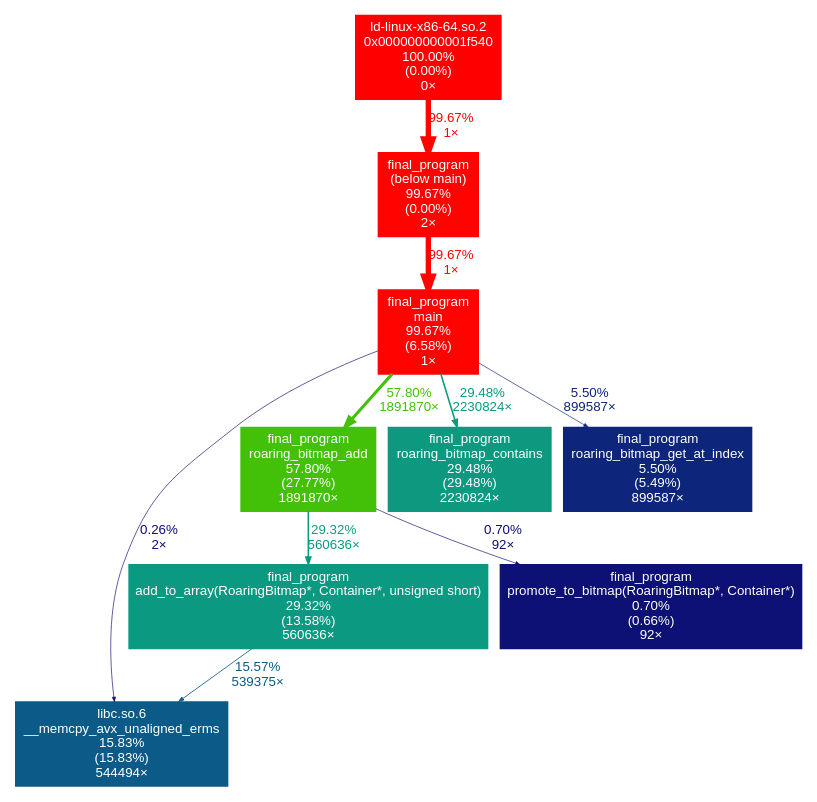
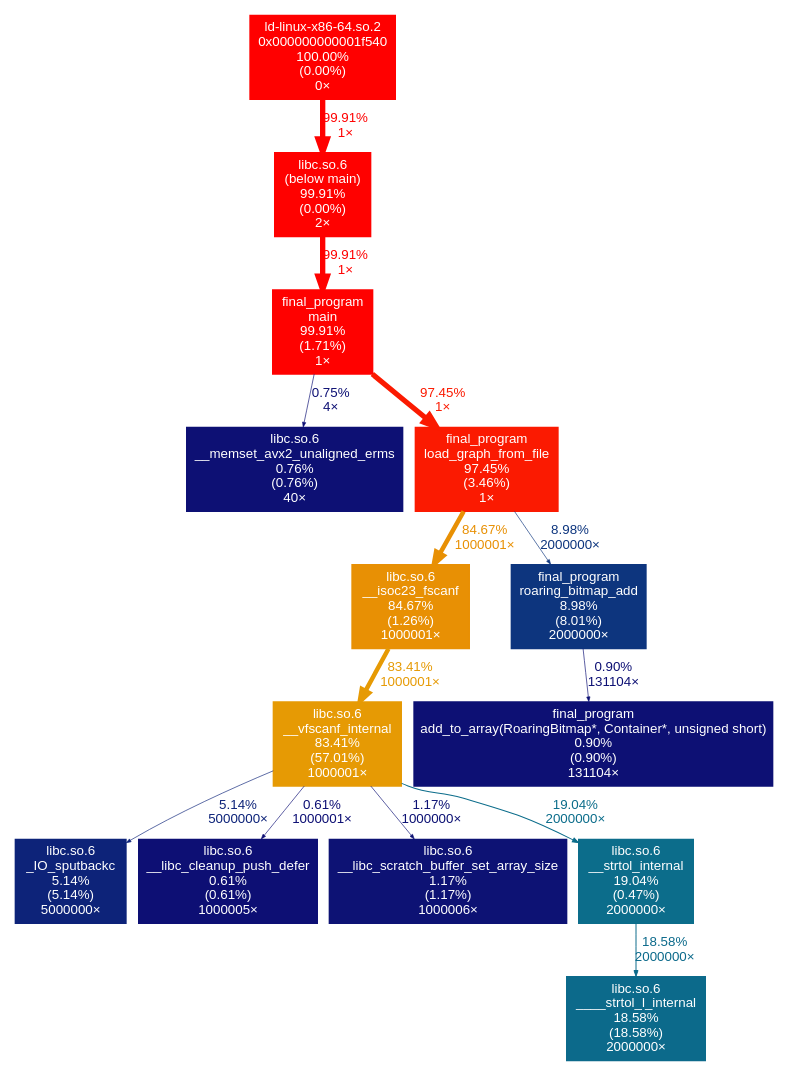
One commit to nash-raf/Graph-language- changed the diagram in p2GraphEasy/graph.dot. Above: the diagram before and after it, drawn with Graphviz. The commit also changed 19 other files, not shown here.

```diff
--- a/p2GraphEasy/graph.dot
+++ b/p2GraphEasy/graph.dot
@@ -1,24 +1,33 @@
 digraph {
 	tooltip=" "
 	graph [fontname=Arial, nodesep=0.125, ranksep=0.25];
 	node [fontcolor=white, fontname=Arial, height=0, shape=box, style=filled, width=0];
 	edge [fontname=Arial];
-	"(below main)" [color="#fe0300", fontcolor="#ffffff", fontsize="10.00", label="final_program\n(below main)\n99.67%\n(0.00%)\n2×"];
-	"(below main)" -> main [arrowsize="1.00", color="#fe0300", fontcolor="#fe0300", fontsize="10.00", label="99.67%\n1×", labeldistance="3.99", penwidth="3.99"];
+	"(below main)" [color="#ff0100", fontcolor="#ffffff", fontsize="10.00", label="libc.so.6\n(below main)\n99.91%\n(0.00%)\n2×"];
+	"(below main)" -> main [arrowsize="1.00", color="#ff0100", fontcolor="#ff0100", fontsize="10.00", label="99.91%\n1×", labeldistance="4.00", penwidth="4.00"];
 	"0x000000000001f540" [color="#ff0000", fontcolor="#ffffff", fontsize="10.00", label="ld-linux-x86-64.so.2\n0x000000000001f540\n100.00%\n(0.00%)\n0×"];
-	"0x000000000001f540" -> "(below main)" [arrowsize="1.00", color="#fe0300", fontcolor="#fe0300", fontsize="10.00", label="99.67%\n1×", labeldistance="3.99", penwidth="3.99"];
-	"__memcpy_avx_unaligned_erms" [color="#0c5a87", fontcolor="#ffffff", fontsize="10.00", label="libc.so.6\n__memcpy_avx_unaligned_erms\n15.83%\n(15.83%)\n544494×"];
-	"add_to_array(RoaringBitmap*, Container*, unsigned short)" [color="#0c9981", fontcolor="#ffffff", fontsize="10.00", label="final_program\nadd_to_array(RoaringBitmap*, Container*, unsigned short)\n29.32%\n(13.58%)\n560636×"];
-	"add_to_array(RoaringBitmap*, Container*, unsigned short)" -> "__memcpy_avx_unaligned_erms" [arrowsize="0.39", color="#0c5987", fontcolor="#0c5987", fontsize="10.00", label="15.57%\n539375×", labeldistance="0.62", penwidth="0.62"];
-	main [color="#fe0300", fontcolor="#ffffff", fontsize="10.00", label="final_program\nmain\n99.67%\n(6.58%)\n1×"];
-	main -> "__memcpy_avx_unaligned_erms" [arrowsize="0.35", color="#0d0e73", fontcolor="#0d0e73", fontsize="10.00", label="0.26%\n2×", labeldistance="0.50", penwidth="0.50"];
-	main -> "roaring_bitmap_add" [arrowsize="0.76", color="#42c108", fontcolor="#42c108", fontsize="10.00", label="57.80%\n1891870×", labeldistance="2.31", penwidth="2.31"];
-	main -> "roaring_bitmap_contains" [arrowsize="0.54", color="#0c9980", fontcolor="#0c9980", fontsize="10.00", label="29.48%\n2230824×", labeldistance="1.18", penwidth="1.18"];
-	main -> "roaring_bitmap_get_at_index" [arrowsize="0.35", color="#0d257a", fontcolor="#0d257a", fontsize="10.00", label="5.50%\n899587×", labeldistance="0.50", penwidth="0.50"];
-	"promote_to_bitmap(RoaringBitmap*, Container*)" [color="#0d1074", fontcolor="#ffffff", fontsize="10.00", label="final_program\npromote_to_bitmap(RoaringBitmap*, Container*)\n0.70%\n(0.66%)\n92×"];
-	"roaring_bitmap_add" [color="#42c108", fontcolor="#ffffff", fontsize="10.00", label="final_program\nroaring_bitmap_add\n57.80%\n(27.77%)\n1891870×"];
-	"roaring_bitmap_add" -> "add_to_array(RoaringBitmap*, Container*, unsigned short)" [arrowsize="0.54", color="#0c9981", fontcolor="#0c9981", fontsize="10.00", label="29.32%\n560636×", labeldistance="1.17", penwidth="1.17"];
-	"roaring_bitmap_add" -> "promote_to_bitmap(RoaringBitmap*, Container*)" [arrowsize="0.35", color="#0d1074", fontcolor="#0d1074", fontsize="10.00", label="0.70%\n92×", labeldistance="0.50", penwidth="0.50"];
-	"roaring_bitmap_contains" [color="#0c9980", fontcolor="#ffffff", fontsize="10.00", label="final_program\nroaring_bitmap_contains\n29.48%\n(29.48%)\n2230824×"];
-	"roaring_bitmap_get_at_index" [color="#0d257a", fontcolor="#ffffff", fontsize="10.00", label="final_program\nroaring_bitmap_get_at_index\n5.50%\n(5.49%)\n899587×"];
+	"0x000000000001f540" -> "(below main)" [arrowsize="1.00", color="#ff0100", fontcolor="#ff0100", fontsize="10.00", label="99.91%\n1×", labeldistance="4.00", penwidth="4.00"];
+	"_IO_sputbackc" [color="#0d2379", fontcolor="#ffffff", fontsize="10.00", label="libc.so.6\n_IO_sputbackc\n5.14%\n(5.14%)\n5000000×"];
+	"____strtol_l_internal" [color="#0c6a8b", fontcolor="#ffffff", fontsize="10.00", label="libc.so.6\n____strtol_l_internal\n18.58%\n(18.58%)\n2000000×"];
+	"__isoc23_fscanf" [color="#e89004", fontcolor="#ffffff", fontsize="10.00", label="libc.so.6\n__isoc23_fscanf\n84.67%\n(1.26%)\n1000001×"];
+	"__isoc23_fscanf" -> "__vfscanf_internal" [arrowsize="0.91", color="#e69a04", fontcolor="#e69a04", fontsize="10.00", label="83.41%\n1000001×", labeldistance="3.34", penwidth="3.34"];
+	"__libc_cleanup_push_defer" [color="#0d0f74", fontcolor="#ffffff", fontsize="10.00", label="libc.so.6\n__libc_cleanup_push_defer\n0.61%\n(0.61%)\n1000005×"];
+	"__libc_scratch_buffer_set_array_size" [color="#0d1274", fontcolor="#ffffff", fontsize="10.00", label="libc.so.6\n__libc_scratch_buffer_set_array_size\n1.17%\n(1.17%)\n1000006×"];
+	"__memset_avx2_unaligned_erms" [color="#0d1074", fontcolor="#ffffff", fontsize="10.00", label="libc.so.6\n__memset_avx2_unaligned_erms\n0.76%\n(0.76%)\n40×"];
+	"__strtol_internal" [color="#0c6d8b", fontcolor="#ffffff", fontsize="10.00", label="libc.so.6\n__strtol_internal\n19.04%\n(0.47%)\n2000000×"];
+	"__strtol_internal" -> "____strtol_l_internal" [arrowsize="0.43", color="#0c6a8b", fontcolor="#0c6a8b", fontsize="10.00", label="18.58%\n2000000×", labeldistance="0.74", penwidth="0.74"];
+	"__vfscanf_internal" [color="#e69a04", fontcolor="#ffffff", fontsize="10.00", label="libc.so.6\n__vfscanf_internal\n83.41%\n(57.01%)\n1000001×"];
+	"__vfscanf_internal" -> "_IO_sputbackc" [arrowsize="0.35", color="#0d2379", fontcolor="#0d2379", fontsize="10.00", label="5.14%\n5000000×", labeldistance="0.50", penwidth="0.50"];
+	"__vfscanf_internal" -> "__libc_cleanup_push_defer" [arrowsize="0.35", color="#0d0f74", fontcolor="#0d0f74", fontsize="10.00", label="0.61%\n1000001×", labeldistance="0.50", penwidth="0.50"];
+	"__vfscanf_internal" -> "__libc_scratch_buffer_set_array_size" [arrowsize="0.35", color="#0d1274", fontcolor="#0d1274", fontsize="10.00", label="1.17%\n1000000×", labeldistance="0.50", penwidth="0.50"];
+	"__vfscanf_internal" -> "__strtol_internal" [arrowsize="0.44", color="#0c6d8b", fontcolor="#0c6d8b", fontsize="10.00", label="19.04%\n2000000×", labeldistance="0.76", penwidth="0.76"];
+	"add_to_array(RoaringBitmap*, Container*, unsigned short)" [color="#0d1074", fontcolor="#ffffff", fontsize="10.00", label="final_program\nadd_to_array(RoaringBitmap*, Container*, unsigned short)\n0.90%\n(0.90%)\n131104×"];
+	"load_graph_from_file" [color="#fb1a01", fontcolor="#ffffff", fontsize="10.00", label="final_program\nload_graph_from_file\n97.45%\n(3.46%)\n1×"];
+	"load_graph_from_file" -> "__isoc23_fscanf" [arrowsize="0.92", color="#e89004", fontcolor="#e89004", fontsize="10.00", label="84.67%\n1000001×", labeldistance="3.39", penwidth="3.39"];
+	"load_graph_from_file" -> "roaring_bitmap_add" [arrowsize="0.35", color="#0d357e", fontcolor="#0d357e", fontsize="10.00", label="8.98%\n2000000×", labeldistance="0.50", penwidth="0.50"];
+	main [color="#ff0100", fontcolor="#ffffff", fontsize="10.00", label="final_program\nmain\n99.91%\n(1.71%)\n1×"];
+	main -> "__memset_avx2_unaligned_erms" [arrowsize="0.35", color="#0d1074", fontcolor="#0d1074", fontsize="10.00", label="0.75%\n4×", labeldistance="0.50", penwidth="0.50"];
+	main -> "load_graph_from_file" [arrowsize="0.99", color="#fb1a01", fontcolor="#fb1a01", fontsize="10.00", label="97.45%\n1×", labeldistance="3.90", penwidth="3.90"];
+	"roaring_bitmap_add" [color="#0d357e", fontcolor="#ffffff", fontsize="10.00", label="final_program\nroaring_bitmap_add\n8.98%\n(8.01%)\n2000000×"];
+	"roaring_bitmap_add" -> "add_to_array(RoaringBitmap*, Container*, unsigned short)" [arrowsize="0.35", color="#0d1074", fontcolor="#0d1074", fontsize="10.00", label="0.90%\n131104×", labeldistance="0.50", penwidth="0.50"];
 }
```
